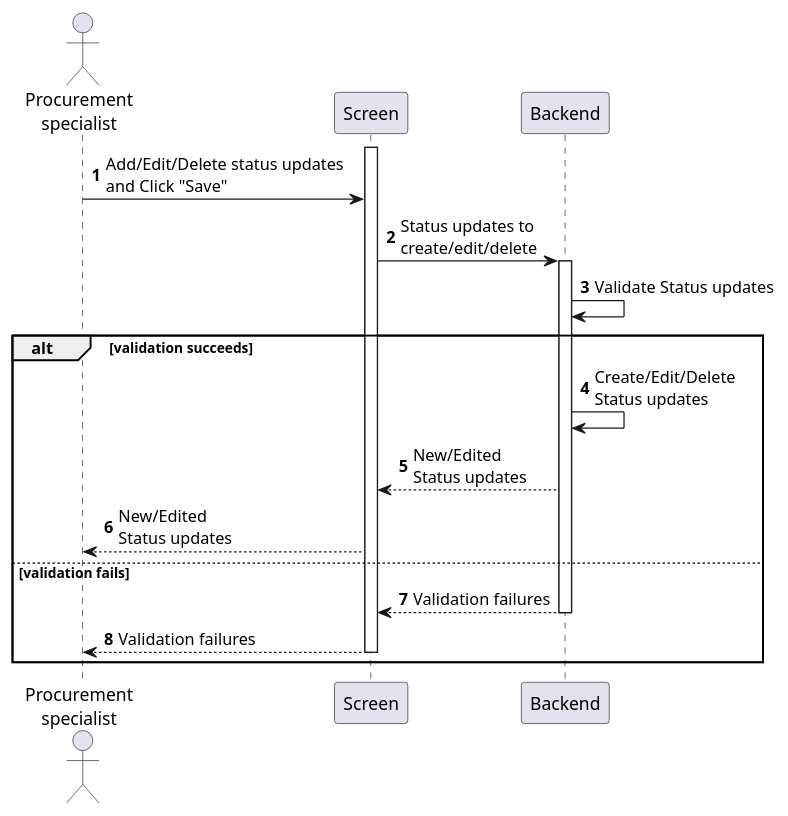
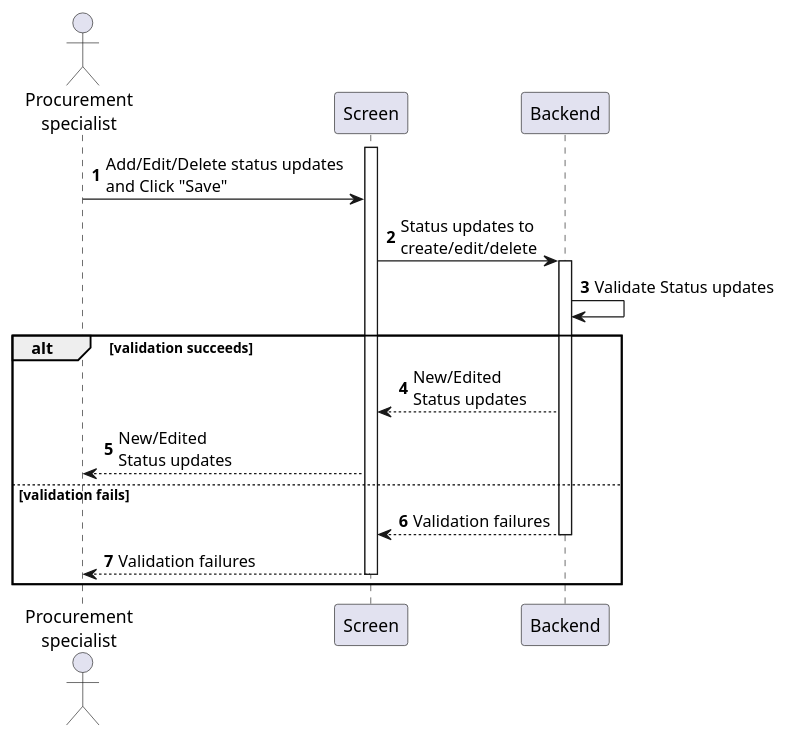
One commit to phihungha/scmss-reqs changed the diagram in sequences/purchase-order-update-status.plantuml. Above: the diagram before and after it, drawn with PlantUML. The commit also changed 21 other files, not shown here.

```diff
--- a/sequences/purchase-order-update-status.plantuml
+++ b/sequences/purchase-order-update-status.plantuml
@@ -1,23 +1,22 @@
 @startuml purchase-order-update-status
 autonumber
 
 actor "Procurement\nspecialist" as a
 participant Screen as f
 participant Backend as b
 
 activate f
 a -> f : Add/Edit/Delete status updates\nand Click "Save"
 f -> b : Status updates to\ncreate/edit/delete
 activate b
 b -> b : Validate Status updates
 
 alt validation succeeds
-    b -> b : Create/Edit/Delete\nStatus updates
     b --> f : New/Edited\nStatus updates
     f --> a : New/Edited\nStatus updates
 else validation fails
     return Validation failures
     f --> a : Validation failures
     deactivate f
 end
 @enduml
```
